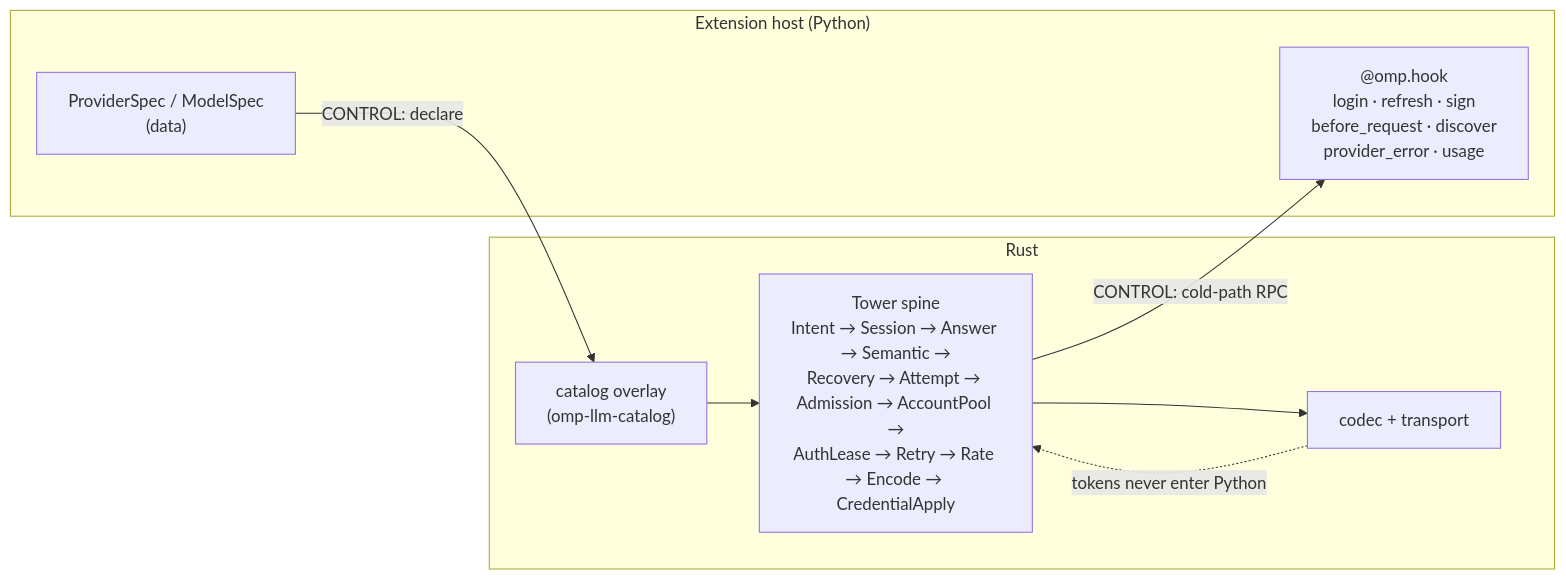
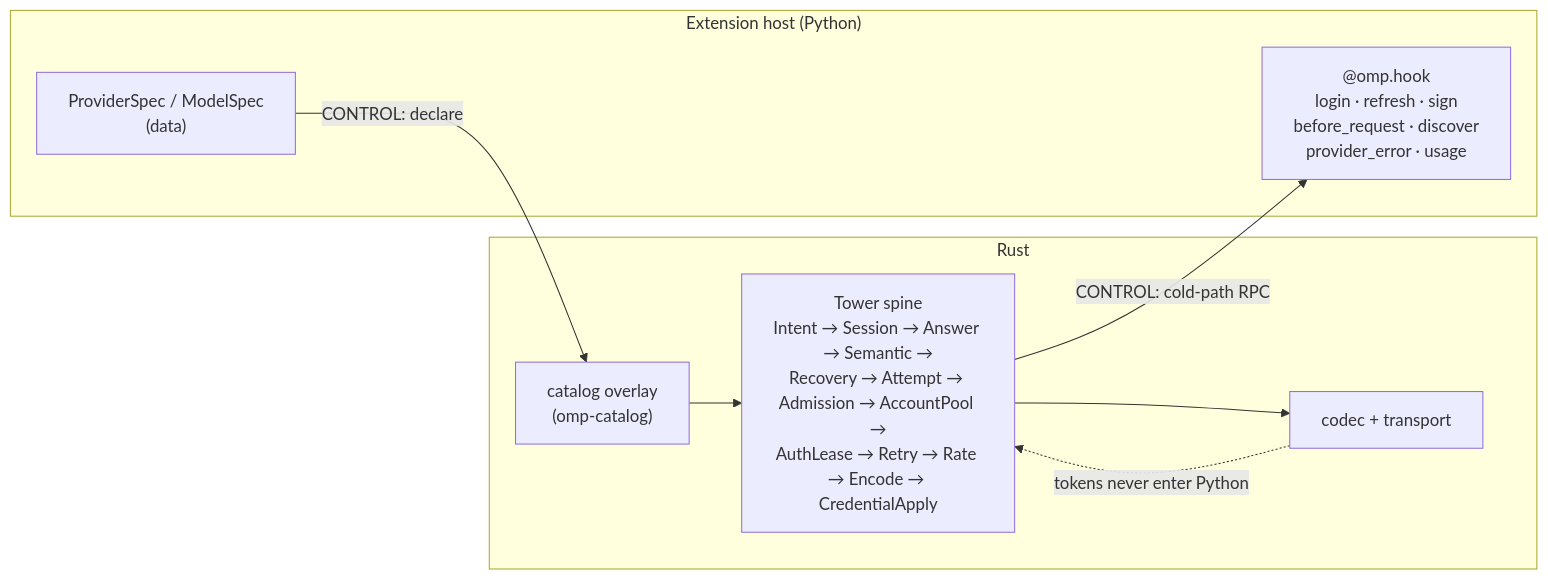
Before and after one commit to BAKocska/oh-my-pi: the first of 2 diagrams in docs/py/13-inference.md, drawn with Mermaid. The commit also changed other lines of this file and 8 other files, not shown here.

````diff
--- a/docs/py/13-inference.md
+++ b/docs/py/13-inference.md
@@ -78,17 +78,17 @@
 ```mermaid
 flowchart LR
     subgraph PY["Extension host (Python)"]
         SPEC["ProviderSpec / ModelSpec<br/>(data)"]
         COLD["@omp.hook<br/>login · refresh · sign<br/>before_request · discover<br/>provider_error · usage"]
     end
     subgraph RS["Rust"]
-        OVL["catalog overlay<br/>(omp-llm-catalog)"]
+        OVL["catalog overlay<br/>(omp-catalog)"]
         SPINE["Tower spine<br/>Intent → Session → Answer → Semantic →<br/>Recovery → Attempt → Admission → AccountPool →<br/>AuthLease → Retry → Rate → Encode → CredentialApply"]
         WIRE["codec + transport"]
     end
     SPEC -->|CONTROL: declare| OVL
     OVL --> SPINE
     SPINE -->|CONTROL: cold-path RPC| COLD
     SPINE --> WIRE
     WIRE -.->|tokens never enter Python| SPINE
 ```
````
